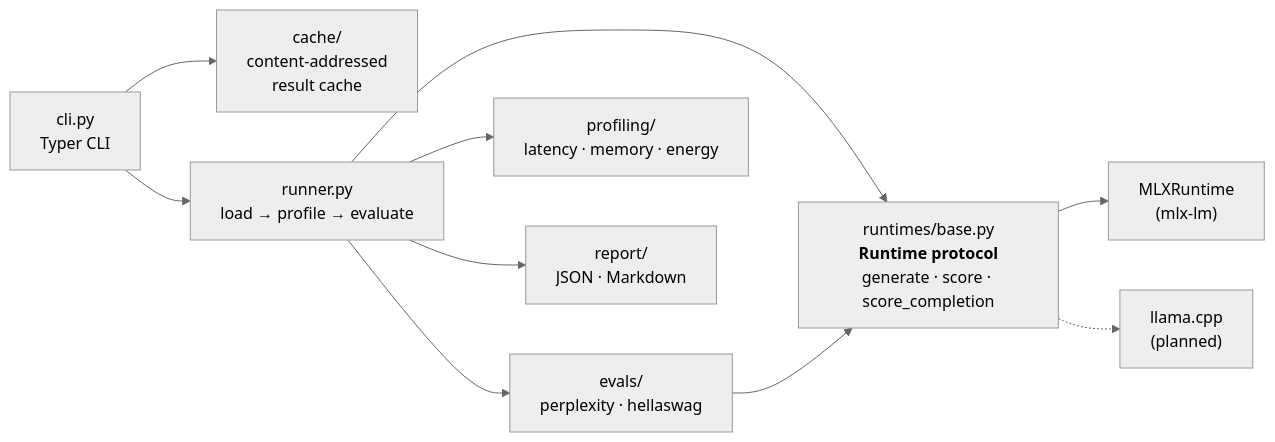
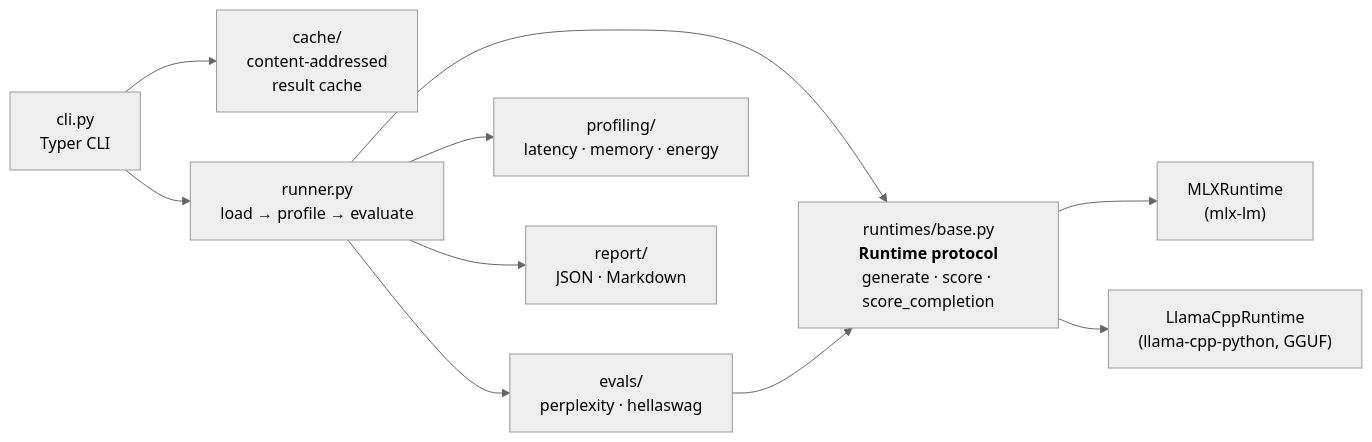
Before and after one commit to Indy102/silicon-eval: the diagram in README.md, drawn with Mermaid (neutral theme). The commit also changed other lines of this file and 3 other files, not shown here.

````diff
--- a/README.md
+++ b/README.md
@@ -136,12 +181,12 @@
 ```mermaid
 flowchart LR
     CLI["cli.py<br/>Typer CLI"] --> CACHE["cache/<br/>content-addressed<br/>result cache"]
     CLI --> RUNNER["runner.py<br/>load → profile → evaluate"]
     RUNNER --> PROTO["runtimes/base.py<br/><b>Runtime protocol</b><br/>generate · score · score_completion"]
     PROTO --> MLX["MLXRuntime<br/>(mlx-lm)"]
-    PROTO -.-> LLAMA["llama.cpp<br/>(planned)"]
+    PROTO --> LLAMA["LlamaCppRuntime<br/>(llama-cpp-python, GGUF)"]
     RUNNER --> EVALS["evals/<br/>perplexity · hellaswag"]
     RUNNER --> PROF["profiling/<br/>latency · memory · energy"]
     EVALS --> PROTO
     RUNNER --> REPORT["report/<br/>JSON · Markdown"]
 ```
````
